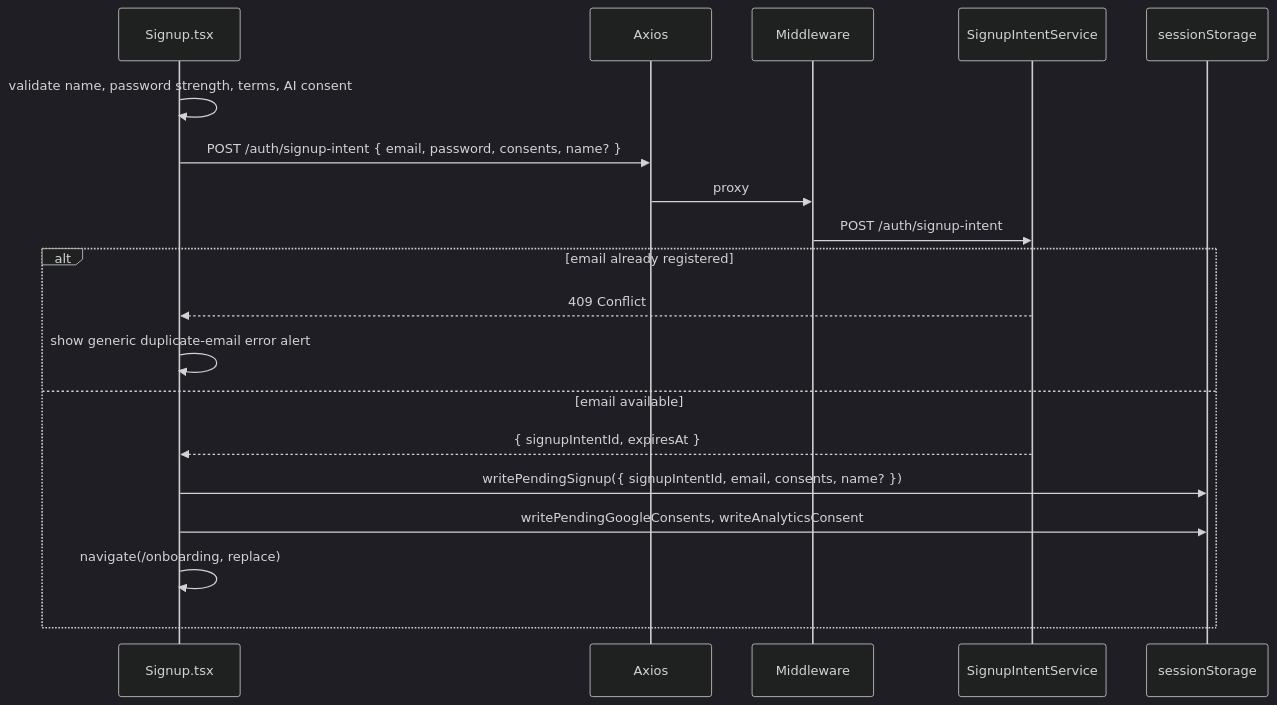
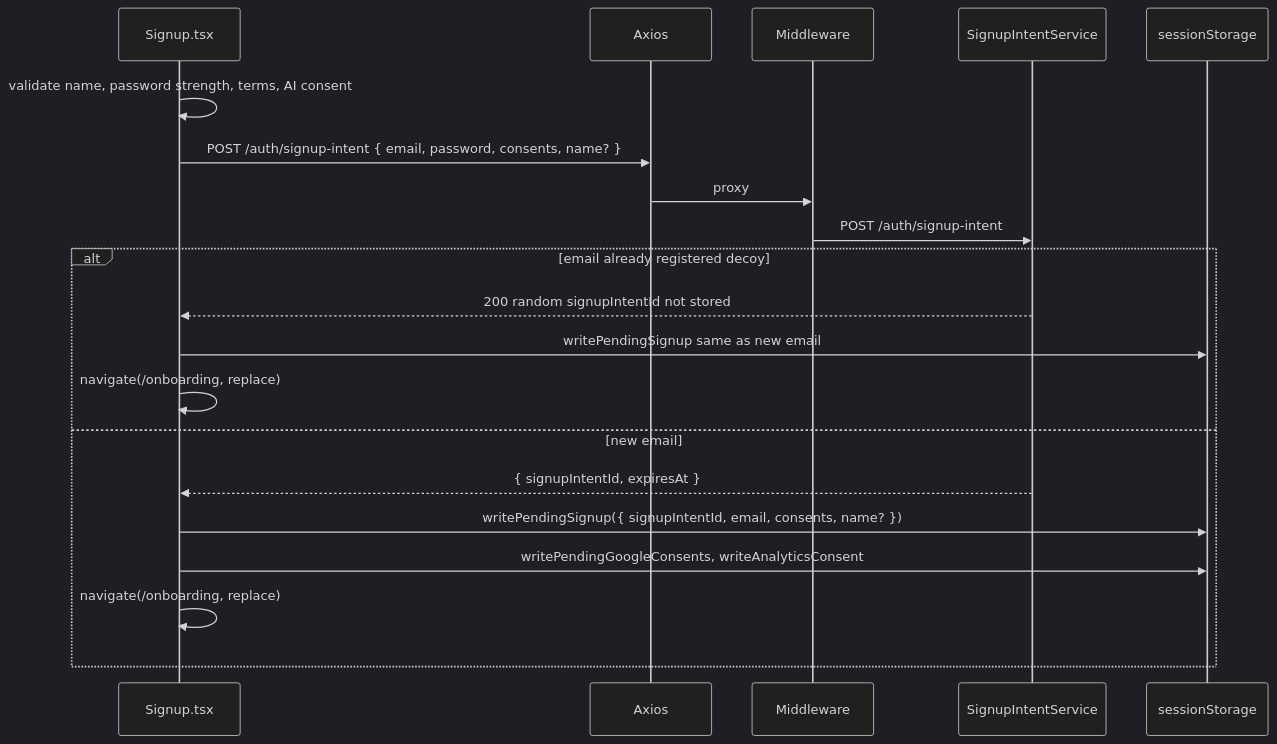
Before and after one commit to yugandharreddybana/NewCareers: the diagram in pagesflow/signup/PAGE.md, drawn with Mermaid (dark theme). The commit also changed other lines of this file and 505 other files, not shown here.

First line of the commit message:
feat: Nemotron AI, billing hardening, and signup/onboarding overhaul

````diff
--- a/pagesflow/signup/PAGE.md
+++ b/pagesflow/signup/PAGE.md
@@ -104,23 +105,24 @@
 ```mermaid
 sequenceDiagram
     participant Signup as Signup.tsx
     participant Axios
     participant Middleware
     participant Java as SignupIntentService
     participant Storage as sessionStorage
 
     Signup->>Signup: validate name, password strength, terms, AI consent
     Signup->>Axios: POST /auth/signup-intent { email, password, consents, name? }
     Axios->>Middleware: proxy
     Middleware->>Java: POST /auth/signup-intent
 
-    alt email already registered
-        Java-->>Signup: 409 Conflict
-        Signup->>Signup: show generic duplicate-email error alert
-    else email available
+    alt email already registered decoy
+        Java-->>Signup: 200 random signupIntentId not stored
+        Signup->>Storage: writePendingSignup same as new email
+        Signup->>Signup: navigate(/onboarding, replace)
+    else new email
         Java-->>Signup: { signupIntentId, expiresAt }
         Signup->>Storage: writePendingSignup({ signupIntentId, email, consents, name? })
         Signup->>Storage: writePendingGoogleConsents, writeAnalyticsConsent
         Signup->>Signup: navigate(/onboarding, replace)
     end
 ```
````
